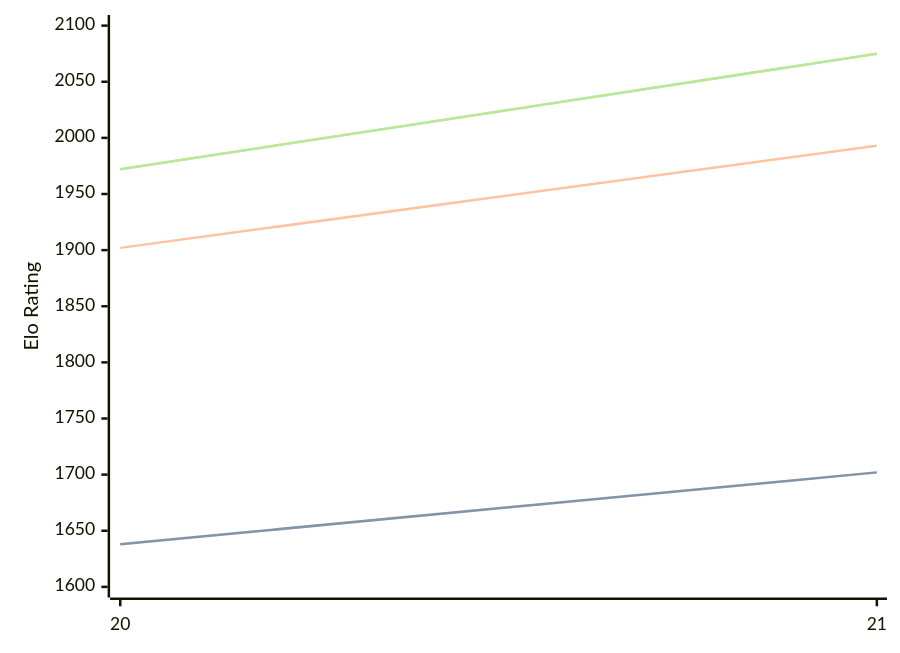
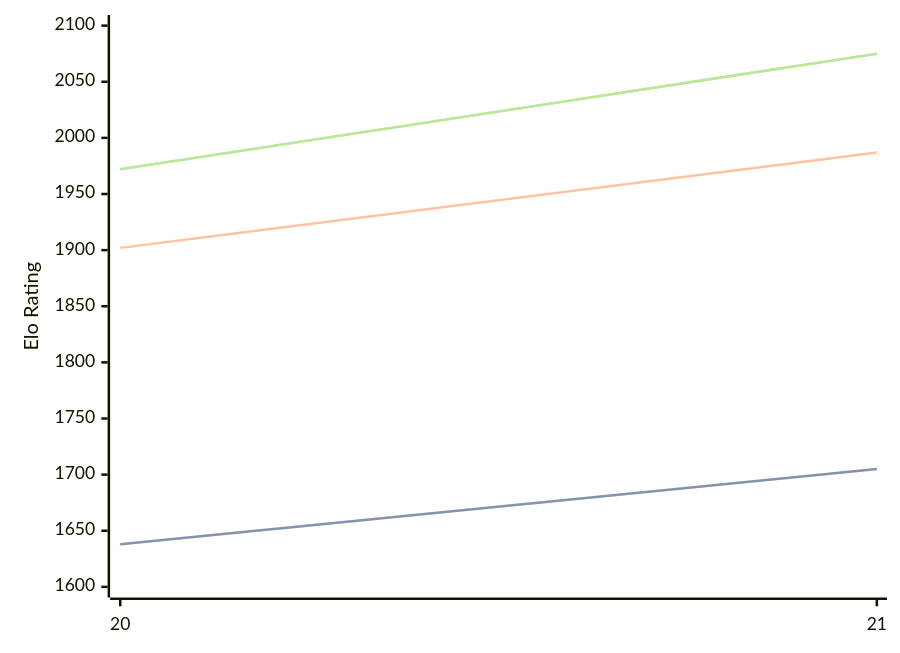
Before and after one commit to computer-chess-index/cci: the diagram in engines/PurplePanda.md, drawn with Mermaid. The commit also changed other lines of this file, not shown here.

````diff
--- a/engines/PurplePanda.md
+++ b/engines/PurplePanda.md
@@ -32,11 +32,11 @@
 ```mermaid
 %%{init: {"theme":"base","themeVariables":{"seriesColors:['#a3a3a3','#222221','#faa371']}}}%%
 xychart-beta
   x-axis ["20", "21"]
   y-axis "Elo Rating" 1600 --> 2100
-  line "STC (8.0+0.08s)" [1638, 1702]
-  line "STC (8.0+0.08s)" [1638, 1702]
-  line "LTC (60.0+0.60s)" [1902, 1993]
+  line "STC (8.0+0.08s)" [1638, 1705]
+  line "STC (8.0+0.08s)" [1638, 1705]
+  line "LTC (60.0+0.60s)" [1902, 1987]
   line "VLTC (2m24s+1.12s)" [1972, 2075]
   line "VLTC (2m24s+1.12s)" [1972, 2075]
 ```
````
